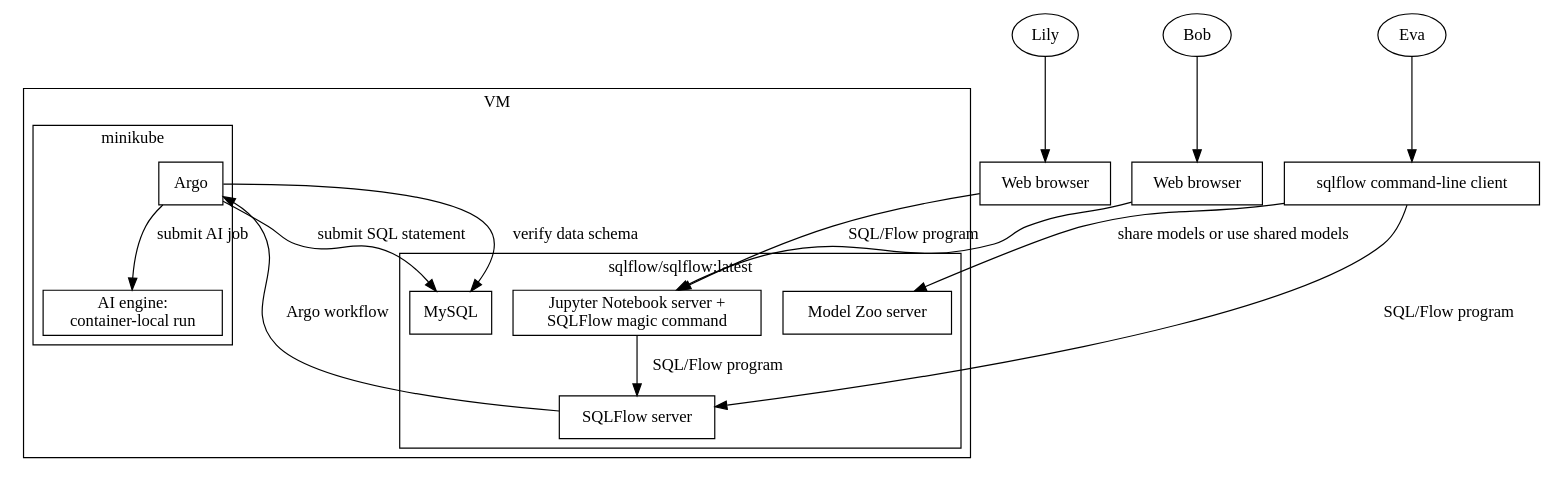
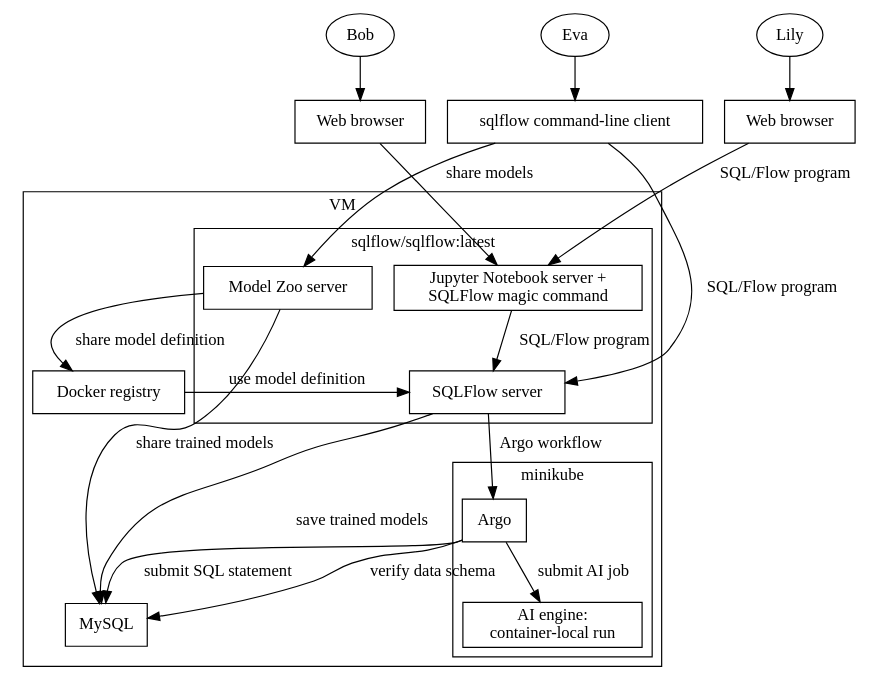
Before and after one commit to sql-machine-learning/playground: the diagram in figures/arch_vm.dot, drawn with Graphviz. The commit also changed 3 other files, not shown here.

```diff
--- a/figures/arch_vm.dot
+++ b/figures/arch_vm.dot
@@ -1,47 +1,53 @@
 digraph G {
+        rankdir = TB;
         node [shape=box];
 
         User1 [shape=oval, label="Lily"];
         User2 [shape=oval, label="Bob"];
         User3 [shape=oval, label="Eva"];
 
-        {rank = same; User1; User2; User3}
+        {rank = source; User1; User2; User3}
 
         Browser1 [label="Web browser"];
         Browser2 [label="Web browser"];
 
         {rank = same; Browser1, Browser2, Client}
 
         subgraph cluster_vm {
                 label="VM"
+                DockerRegistry [label="Docker registry"];
+                DBMS [label="MySQL"];
                 subgraph cluster_container {
                         label="sqlflow/sqlflow:latest";
                         Jupyter [label="Jupyter Notebook server +\n SQLFlow magic command"];
                         SQLFlow [label="SQLFlow server"];
                         ModelZoo [label="Model Zoo server"];
-                        DBMS [label="MySQL"];
                 }
                 subgraph cluster_minikube {
                     label="minikube";
                     Argo [label="Argo"];
                     AI [label="AI engine:\ncontainer-local run"];
                 }
         }
 
         User1 -> Browser1;
         User2 -> Browser2;
         Browser1 -> Jupyter [label="SQL/Flow program"];
         Browser2 -> Jupyter;
 
         Jupyter -> SQLFlow [label="SQL/Flow program"];
         SQLFlow -> Argo [label="Argo workflow"];
         Argo -> DBMS [label="submit SQL statement"];
         Argo -> AI [label="submit AI job"];
         Argo -> DBMS [label="verify data schema"];
+        ModelZoo -> DockerRegistry [label="share model definition"];
+        DockerRegistry -> SQLFlow [label="use model definition"];
+        SQLFlow -> DBMS [label="save trained models"];
+        ModelZoo -> DBMS [label="share trained models"];
 
         Client [label="sqlflow command-line client"];
 
         User3 -> Client;
         Client -> SQLFlow [label="SQL/Flow program"];
-        Client -> ModelZoo [label="share models or use shared models"];
+        Client -> ModelZoo [label="share models"];
 }
```
